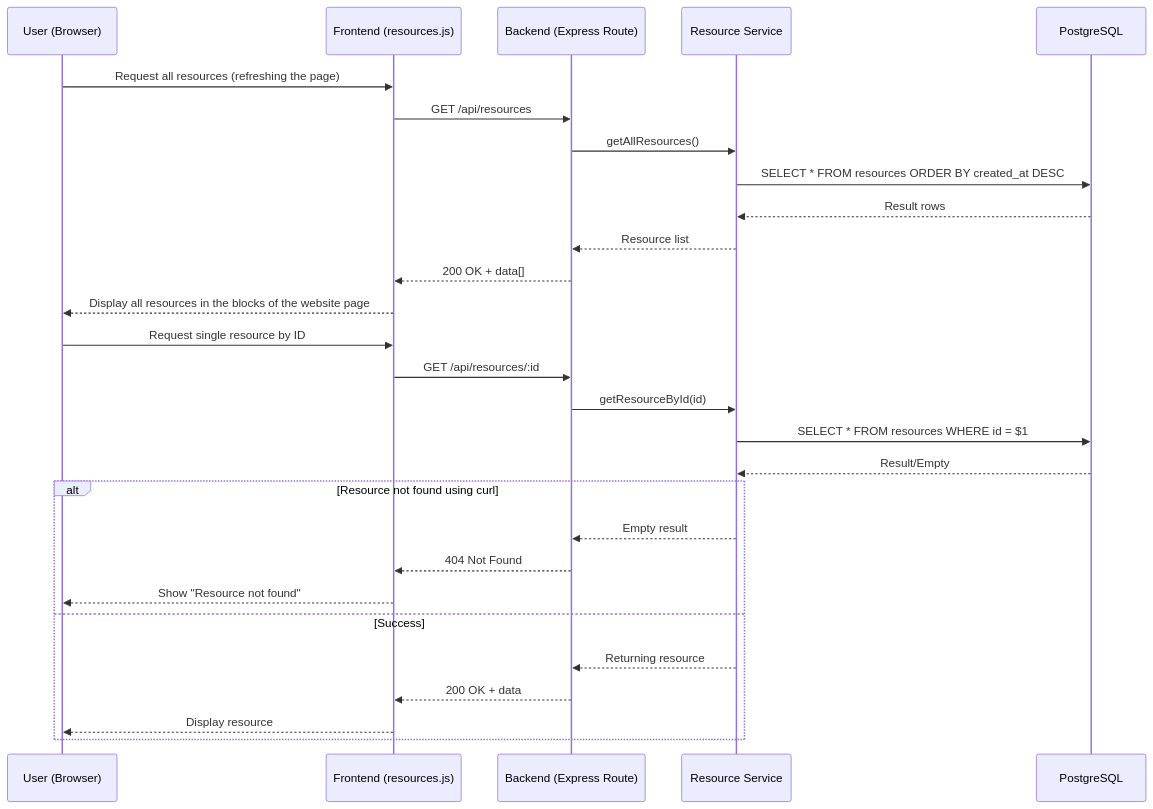
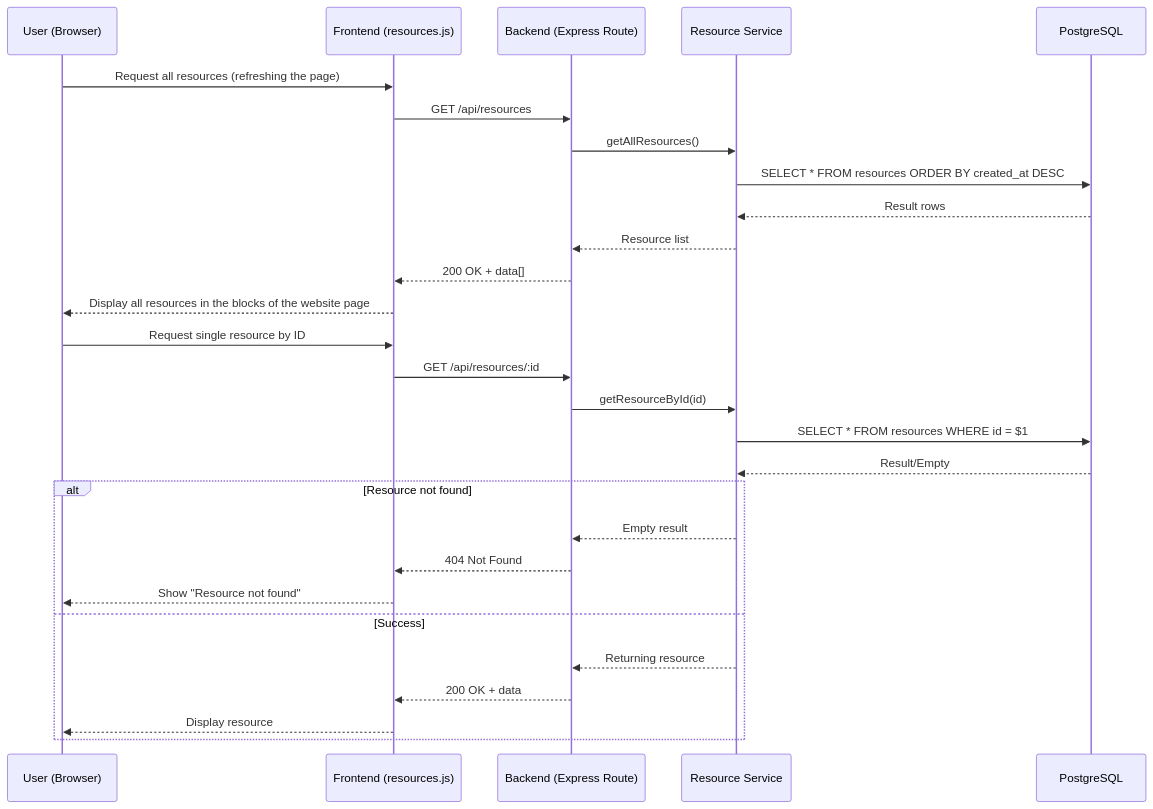
Before and after one commit to Mehdi-Mor/AdvancedWebDev: the second of 3 diagrams in BookingSystemPhase6/G1_CRUD_DataFlow.md, drawn with Mermaid.

````diff
--- a/BookingSystemPhase6/G1_CRUD_DataFlow.md
+++ b/BookingSystemPhase6/G1_CRUD_DataFlow.md
@@ -41,36 +41,36 @@
 ```mermaid
 sequenceDiagram
     participant U as User (Browser)
     participant F as Frontend (resources.js)
     participant B as Backend (Express Route)
     participant S as Resource Service
     participant DB as PostgreSQL
 
     U->>F: Request all resources (refreshing the page)
     F->>B: GET /api/resources
 
     B->>S: getAllResources()
     S->>DB: SELECT * FROM resources ORDER BY created_at DESC
     DB-->>S: Result rows
 
     S-->>B: Resource list
     B-->>F: 200 OK + data[]
     F-->>U: Display all resources in the blocks of the website page
 
     U->>F: Request single resource by ID
     F->>B: GET /api/resources/:id
 
     B->>S: getResourceById(id)
     S->>DB: SELECT * FROM resources WHERE id = $1
     DB-->>S: Result/Empty
 
-    alt Resource not found using curl
+    alt Resource not found
         S-->>B: Empty result
         B-->>F: 404 Not Found
         F-->>U: Show "Resource not found"
     else Success
         S-->>B: Returning resource
         B-->>F: 200 OK + data
         F-->>U: Display resource
     end
 ```
````
